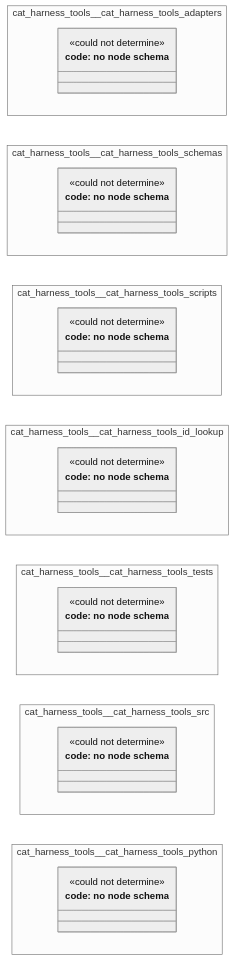
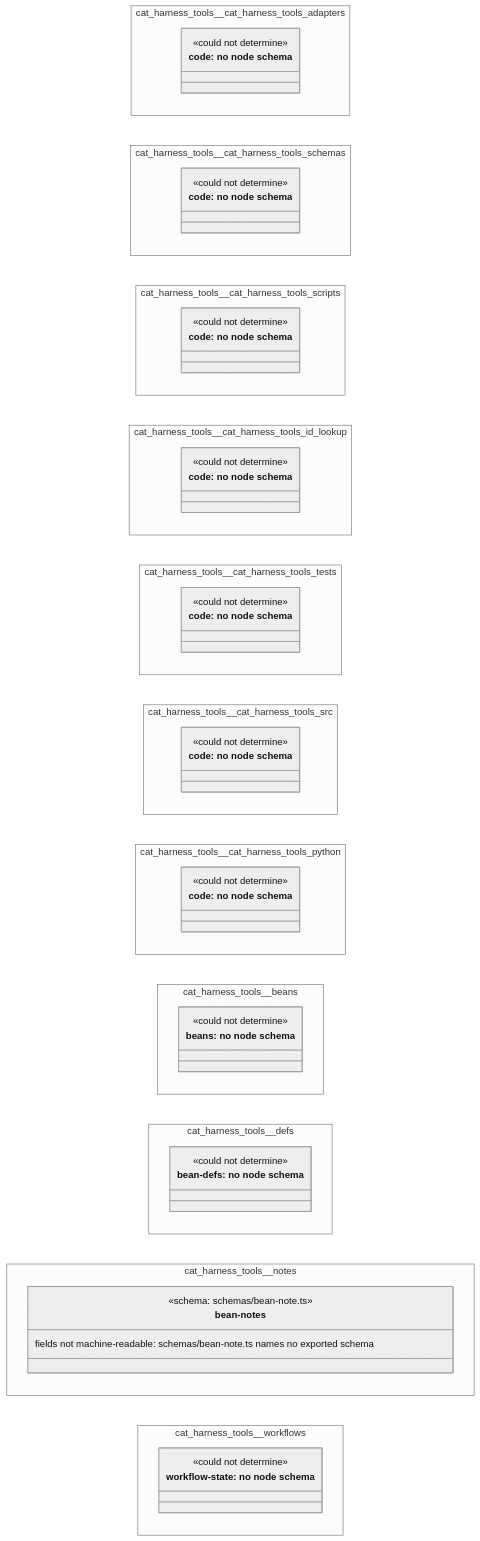
The diagram in docs/uml/overview/cat-harness-tools.md (litlfred/cat-harness), drawn with Mermaid (neutral theme) before and after one commit. The commit also changed other lines of this file and 406 other files, not shown here.

````diff
--- a/docs/uml/overview/cat-harness-tools.md
+++ b/docs/uml/overview/cat-harness-tools.md
@@ -54,53 +62,81 @@
 ```mermaid
 classDiagram
   direction LR
   namespace cat_harness_tools__cat_harness_tools_adapters {
     class n_cat_harness_tools_cat_harness_tools_adapters_code["code: no node schema"] {
       <<could not determine>>
     }
   }
   namespace cat_harness_tools__cat_harness_tools_schemas {
     class n_cat_harness_tools_cat_harness_tools_schemas_code["code: no node schema"] {
       <<could not determine>>
     }
   }
   namespace cat_harness_tools__cat_harness_tools_scripts {
     class n_cat_harness_tools_cat_harness_tools_scripts_code["code: no node schema"] {
       <<could not determine>>
     }
   }
   namespace cat_harness_tools__cat_harness_tools_id_lookup {
     class n_cat_harness_tools_cat_harness_tools_id_lookup_code["code: no node schema"] {
       <<could not determine>>
     }
   }
   namespace cat_harness_tools__cat_harness_tools_tests {
     class n_cat_harness_tools_cat_harness_tools_tests_code["code: no node schema"] {
       <<could not determine>>
     }
   }
   namespace cat_harness_tools__cat_harness_tools_src {
     class n_cat_harness_tools_cat_harness_tools_src_code["code: no node schema"] {
       <<could not determine>>
     }
   }
   namespace cat_harness_tools__cat_harness_tools_python {
     class n_cat_harness_tools_cat_harness_tools_python_code["code: no node schema"] {
       <<could not determine>>
     }
   }
+  namespace cat_harness_tools__beans {
+    class n_cat_harness_tools_beans_beans["beans: no node schema"] {
+      <<could not determine>>
+    }
+  }
+  namespace cat_harness_tools__defs {
+    class n_cat_harness_tools_defs_bean_defs["bean-defs: no node schema"] {
+      <<could not determine>>
+    }
+  }
+  namespace cat_harness_tools__notes {
+    class cat_harness_tools_notes_bean_notes_shape["bean-notes"] {
+      <<schema: schemas/bean-note.ts>>
+      fields not machine-readable: schemas/bean-note.ts names no exported schema
+    }
+  }
+  namespace cat_harness_tools__workflows {
+    class n_cat_harness_tools_workflows_workflow_state["workflow-state: no node schema"] {
+      <<could not determine>>
+    }
+  }
   cssClass "n_cat_harness_tools_cat_harness_tools_adapters_code" fa_uml_kind_code
   cssClass "n_cat_harness_tools_cat_harness_tools_adapters_code" fa_uml_undetermined
   cssClass "n_cat_harness_tools_cat_harness_tools_schemas_code" fa_uml_kind_code
   cssClass "n_cat_harness_tools_cat_harness_tools_schemas_code" fa_uml_undetermined
   cssClass "n_cat_harness_tools_cat_harness_tools_scripts_code" fa_uml_kind_code
   cssClass "n_cat_harness_tools_cat_harness_tools_scripts_code" fa_uml_undetermined
   cssClass "n_cat_harness_tools_cat_harness_tools_id_lookup_code" fa_uml_kind_code
   cssClass "n_cat_harness_tools_cat_harness_tools_id_lookup_code" fa_uml_undetermined
   cssClass "n_cat_harness_tools_cat_harness_tools_tests_code" fa_uml_kind_code
   cssClass "n_cat_harness_tools_cat_harness_tools_tests_code" fa_uml_undetermined
   cssClass "n_cat_harness_tools_cat_harness_tools_src_code" fa_uml_kind_code
   cssClass "n_cat_harness_tools_cat_harness_tools_src_code" fa_uml_undetermined
   cssClass "n_cat_harness_tools_cat_harness_tools_python_code" fa_uml_kind_code
   cssClass "n_cat_harness_tools_cat_harness_tools_python_code" fa_uml_undetermined
+  cssClass "n_cat_harness_tools_beans_beans" fa_uml_kind_beans
+  cssClass "n_cat_harness_tools_beans_beans" fa_uml_undetermined
+  cssClass "n_cat_harness_tools_defs_bean_defs" fa_uml_kind_bean_defs
+  cssClass "n_cat_harness_tools_defs_bean_defs" fa_uml_undetermined
+  cssClass "cat_harness_tools_notes_bean_notes_shape" fa_uml_kind_bean_notes
+  cssClass "n_cat_harness_tools_workflows_workflow_state" fa_uml_kind_workflow_state
+  cssClass "n_cat_harness_tools_workflows_workflow_state" fa_uml_undetermined
 ```
````
